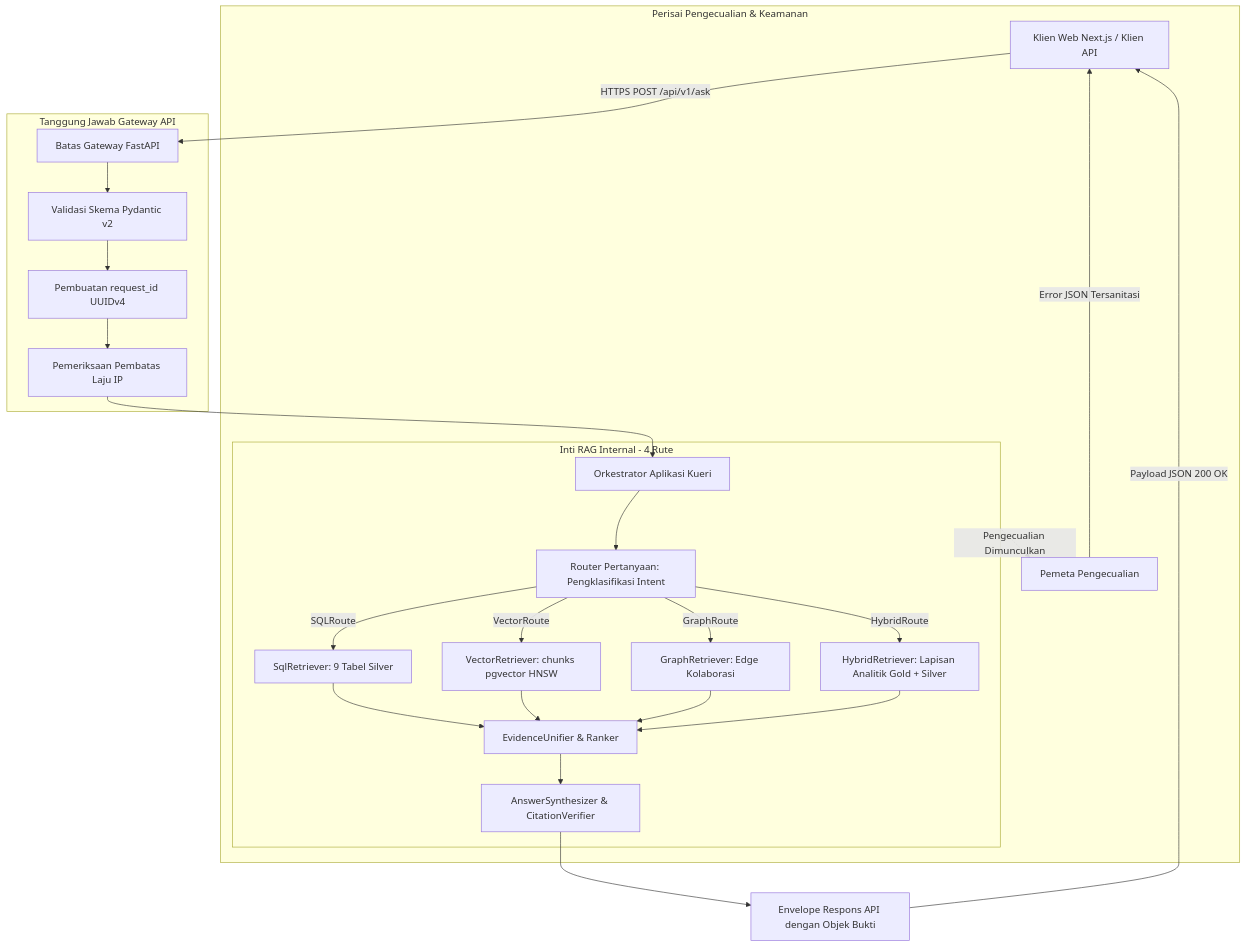
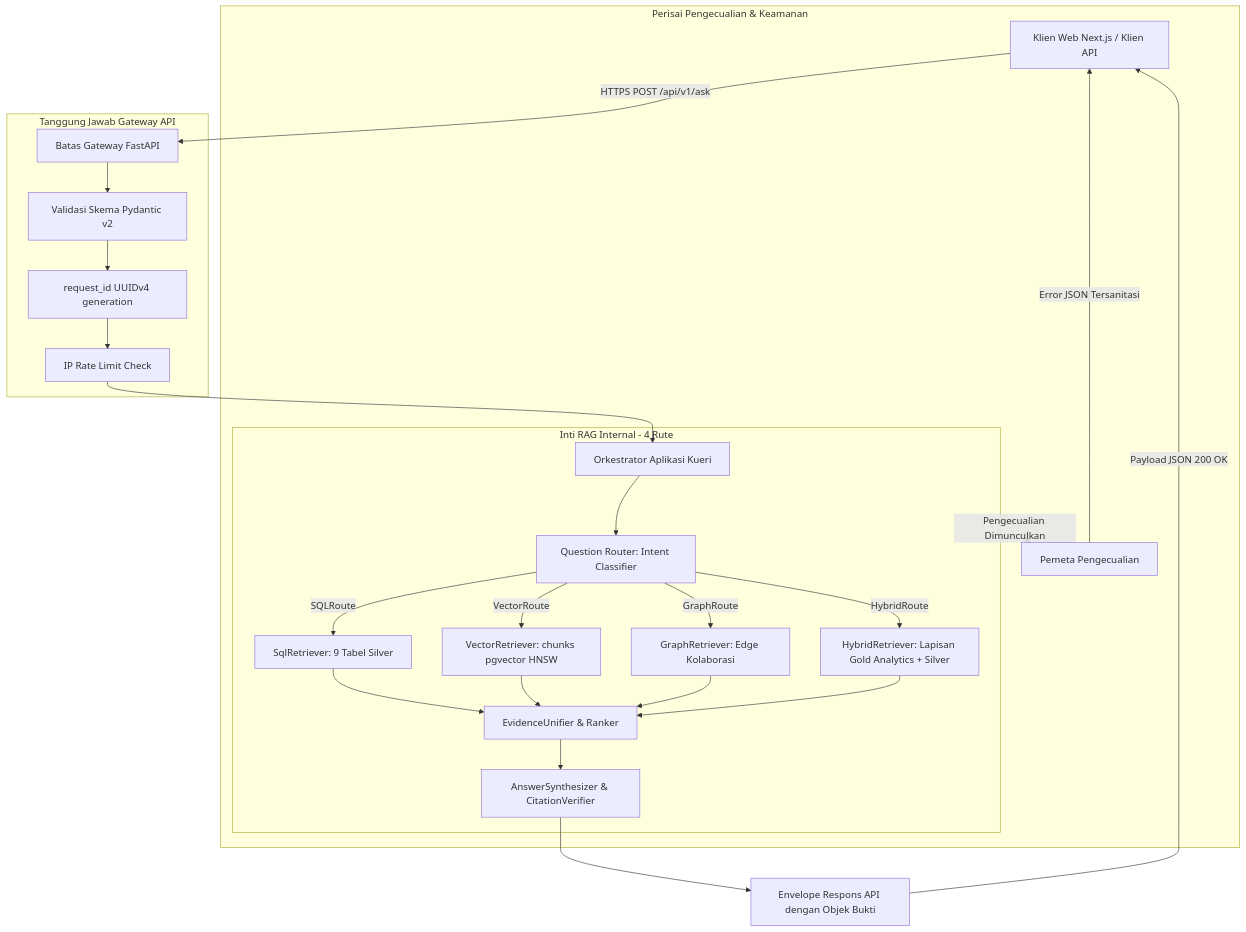
Before and after one commit to CodeByAbi/AI-Bibliometrics: the diagram in docs/06 Api Design.md, drawn with Mermaid. The commit also changed other lines of this file and 12 other files, not shown here.

````diff
--- a/docs/06 Api Design.md
+++ b/docs/06 Api Design.md
@@ -24,31 +24,31 @@
 ```mermaid
 flowchart TD
     Client[Klien Web Next.js / Klien API] -->|HTTPS POST /api/v1/ask| Gateway[Batas Gateway FastAPI]
     
     subgraph GatewayBoundary [Tanggung Jawab Gateway API]
         Gateway --> PydanticVal[Validasi Skema Pydantic v2]
-        PydanticVal --> Trace[Pembuatan request_id UUIDv4]
-        Trace --> RateLimit[Pemeriksaan Pembatas Laju IP]
+        PydanticVal --> Trace[request_id UUIDv4 generation]
+        Trace --> RateLimit[IP Rate Limit Check]
     end
 
     RateLimit --> AppService[Orkestrator Aplikasi Kueri]
     
     subgraph InternalRAGPipeline [Inti RAG Internal - 4 Rute]
-        AppService --> Router[Router Pertanyaan: Pengklasifikasi Intent]
+        AppService --> Router[Question Router: Intent Classifier]
         Router -->|SQLRoute| SQLR[SqlRetriever: 9 Tabel Silver]
         Router -->|VectorRoute| VecR[VectorRetriever: chunks pgvector HNSW]
         Router -->|GraphRoute| GraphR[GraphRetriever: Edge Kolaborasi]
-        Router -->|HybridRoute| HybR[HybridRetriever: Lapisan Analitik Gold + Silver]
+        Router -->|HybridRoute| HybR[HybridRetriever: Lapisan Gold Analytics + Silver]
         
         SQLR & VecR & GraphR & HybR --> Unifier[EvidenceUnifier & Ranker]
         Unifier --> Synthesizer[AnswerSynthesizer & CitationVerifier]
     end
 
     Synthesizer --> Formatter[Envelope Respons API dengan Objek Bukti]
     Formatter -->|Payload JSON 200 OK| Client
 
     subgraph ErrorHandlingBoundary [Perisai Pengecualian & Keamanan]
         InternalRAGPipeline -.->|Pengecualian Dimunculkan| ErrorMap[Pemeta Pengecualian]
         ErrorMap -->|Error JSON Tersanitasi| Client
     end
 ```
````
